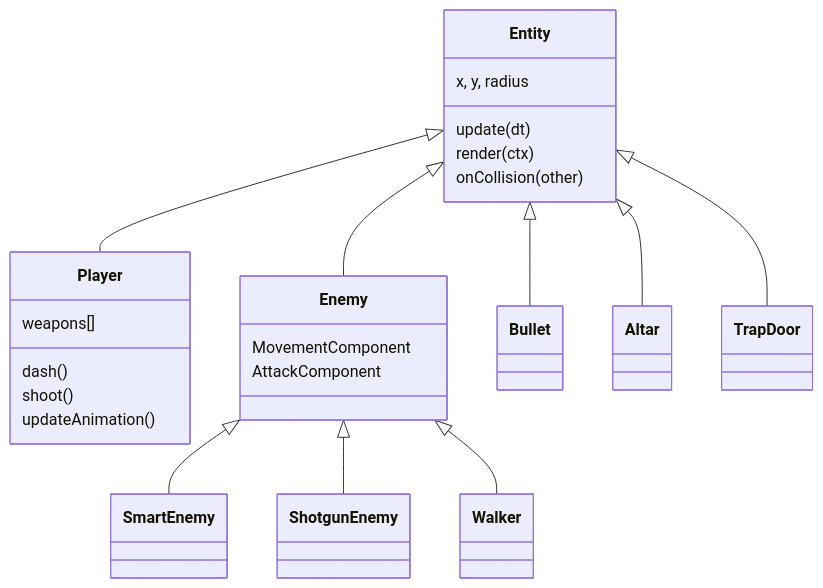
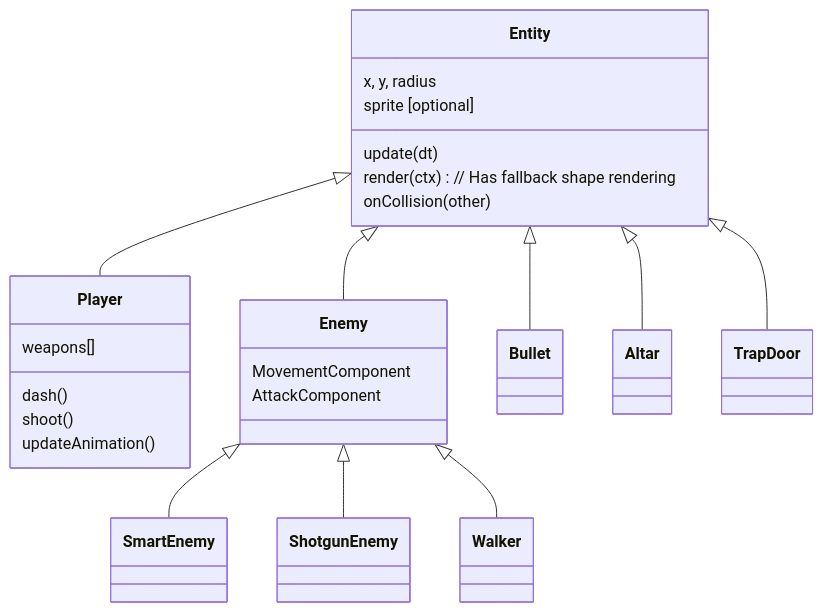
The second of 2 diagrams in DOCUMENTATION.md (GFFN21/javascript_shooter_game_v1), drawn with Mermaid before and after one commit. The commit also changed other lines of this file and 13 other files, not shown here.

Commit message:
feat: Implement a persistent save/load system with player progression, bank, and unlockable skills, enhancing rendering with sprite fallbacks and optimizing pathfinding.

````diff
--- a/DOCUMENTATION.md
+++ b/DOCUMENTATION.md
@@ -71,28 +97,29 @@
 ```mermaid
 classDiagram
     class Entity {
         x, y, radius
+        sprite [optional]
         update(dt)
-        render(ctx)
+        render(ctx) // Has fallback shape rendering
         onCollision(other)
     }
     class Player {
         weapons[]
         dash()
         shoot()
         updateAnimation()
     }
     class Enemy {
         MovementComponent
         AttackComponent
     }
     
     Entity <|-- Player
     Entity <|-- Enemy
     Entity <|-- Bullet
     Entity <|-- Altar
     Entity <|-- TrapDoor
     Enemy <|-- SmartEnemy
     Enemy <|-- ShotgunEnemy
     Enemy <|-- Walker
 ```
````
